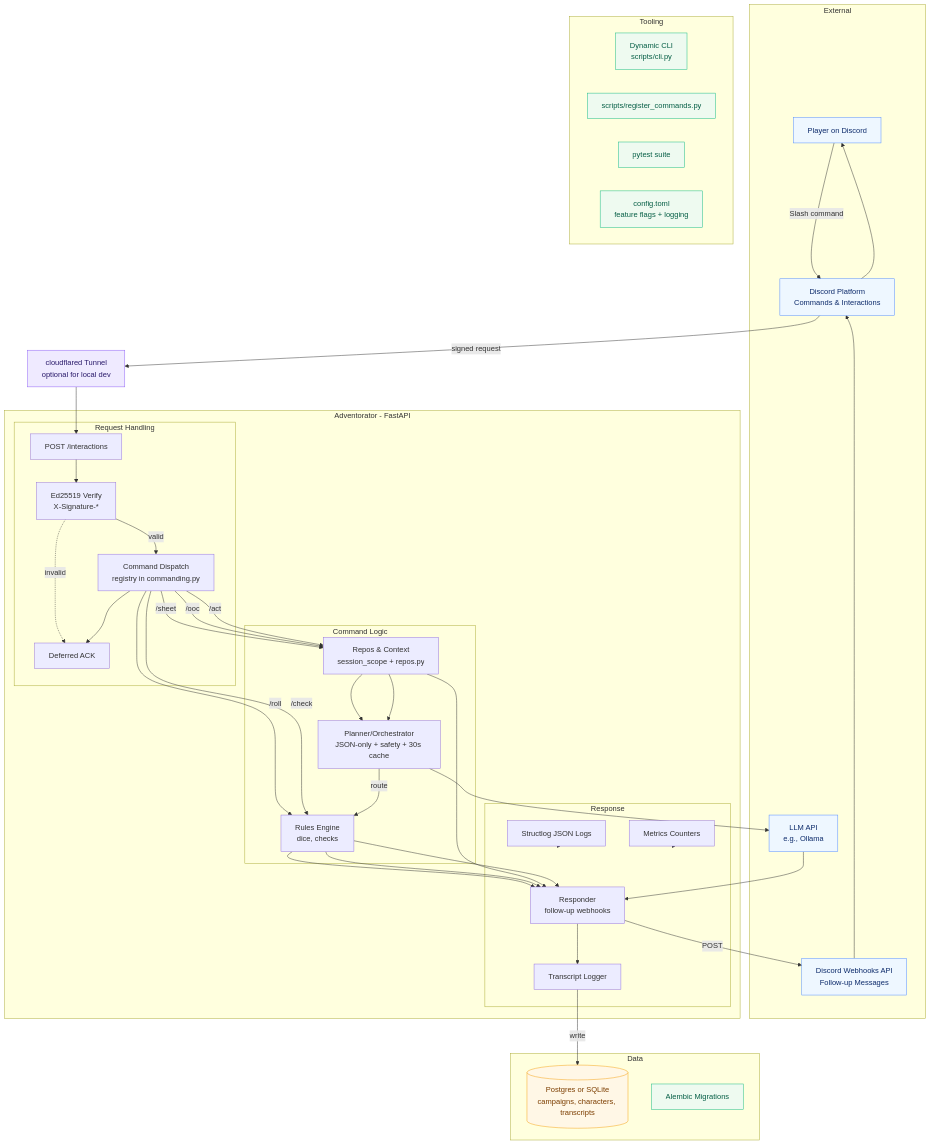
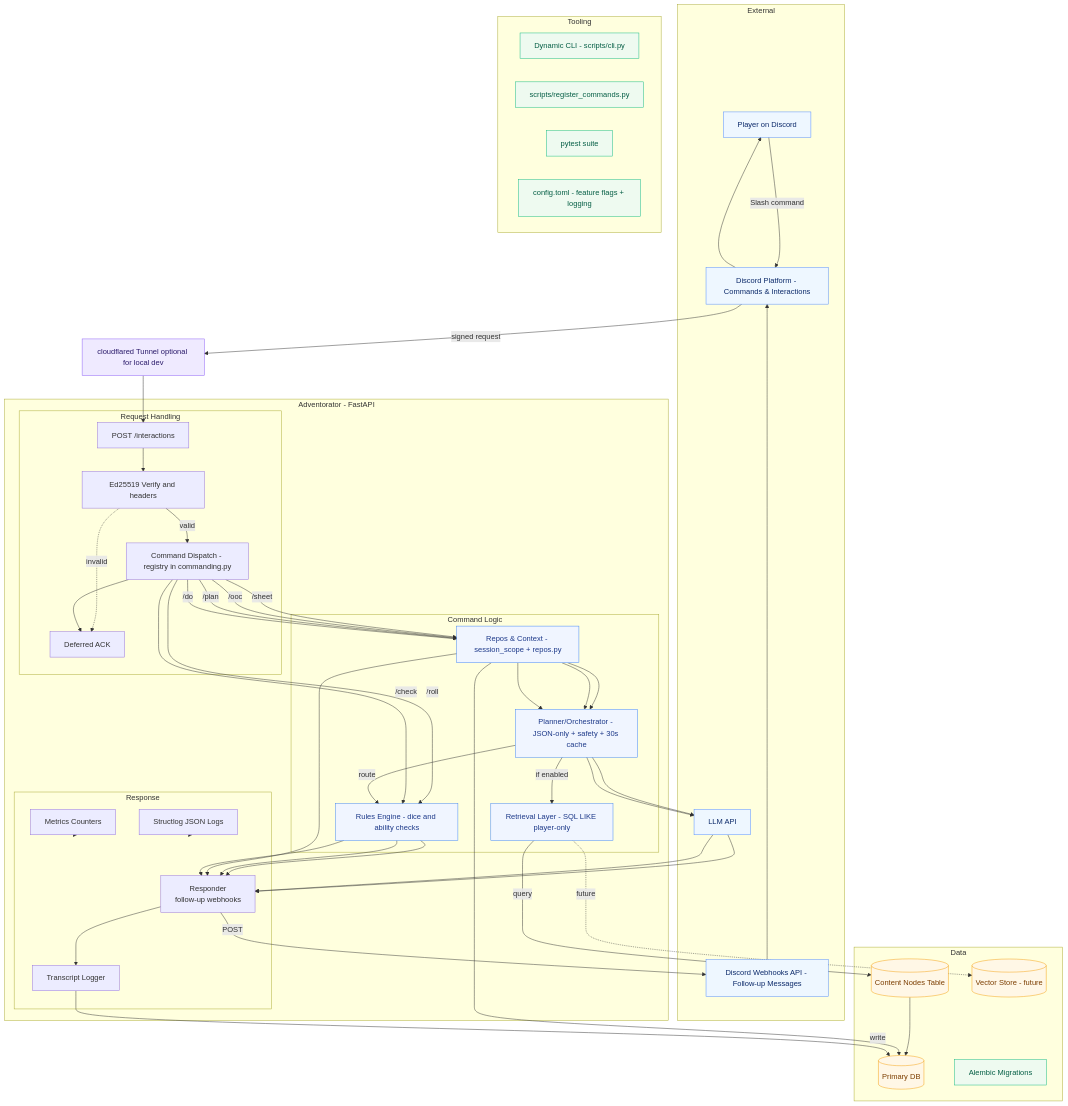
Before and after one commit to crashtestbrandt/Adventorator: the first of 3 diagrams in README.md, drawn with Mermaid. The commit also changed other lines of this file and 31 other files, not shown here.

First line of the commit message:
11 phase 6 content ingestion retrieval memory without hallucinations (#73)

````diff
--- a/README.md
+++ b/README.md
@@ -70,27 +71,28 @@
   %% === External ===
   subgraph EXTERNAL[External]
     U[Player on Discord]:::ext
-    DP[Discord Platform<br/>Commands & Interactions]:::ext
-    WH[Discord Webhooks API<br/>Follow-up Messages]:::ext
-    LLM[LLM API<br/>e.g., Ollama]:::ext
+    DP[Discord Platform - Commands & Interactions]:::ext
+    WH[Discord Webhooks API - Follow-up Messages]:::ext
+  LLM[LLM API]:::ext
   end
 
   %% === Network Edge ===
-  CF[cloudflared Tunnel<br/>optional for local dev]:::edge
+  CF[cloudflared Tunnel optional for local dev]:::edge
 
   %% === App ===
   subgraph APP[Adventorator - FastAPI]
     subgraph REQUEST[Request Handling]
       A[POST /interactions]
-      SIG[Ed25519 Verify<br/>X-Signature-*]
-      DISP[Command Dispatch<br/>registry in commanding.py]
-  DEF[Deferred ACK]
+  SIG[Ed25519 Verify and headers]
+      DISP[Command Dispatch - registry in commanding.py]
+      DEF[Deferred ACK]
     end
 
     subgraph BUSINESS[Command Logic]
-      RULES[Rules Engine<br/>dice, checks]
-      REPOS[Repos & Context<br/>session_scope + repos.py]
-      PLAN[Planner/Orchestrator<br/>JSON-only + safety + 30s cache]
+      RULES[Rules Engine - dice and ability checks]:::biz
+      REPOS[Repos & Context - session_scope + repos.py]:::biz
+      PLAN[Planner/Orchestrator - JSON-only + safety + 30s cache]:::biz
+  RETR[Retrieval Layer - SQL LIKE player-only]:::biz
     end
 
     subgraph RESPONSE[Response]
@@ -103,16 +105,19 @@
 
   %% === Data ===
   subgraph DATA[Data]
-    DB[(Postgres or SQLite<br/>campaigns, characters, transcripts)]:::data
+    DB[(Primary DB)]:::data
+    CN[(Content Nodes Table)]:::data
     MIG[Alembic Migrations]:::ops
+    %% Optional future vector store (pgvector/Qdrant)
+    VEC[(Vector Store - future)]:::data
   end
 
   %% === Tooling ===
   subgraph TOOLING[Tooling]
-    CLI[Dynamic CLI<br/>scripts/cli.py]:::ops
+    CLI[Dynamic CLI - scripts/cli.py]:::ops
     REG[scripts/register_commands.py]:::ops
     TEST[pytest suite]:::ops
-    CFG[config.toml<br/>feature flags + logging]:::ops
+    CFG[config.toml - feature flags + logging]:::ops
   end
 
   %% === Ingress Flow ===
@@ -129,9 +134,17 @@
   DISP -- "/check" --> RULES --> RESP
   DISP -- "/sheet" --> REPOS --> RESP
   DISP -- "/ooc" --> REPOS --> PLAN --> LLM --> RESP
-  DISP -- "/act" --> REPOS --> PLAN -->|route| RULES --> RESP
+  DISP -- "/plan" --> REPOS --> PLAN -->|route| RULES --> RESP
+  DISP -- "/do" --> REPOS --> PLAN --> LLM --> RESP
 
-  %% === Egress ===
+  %% === Orchestrator Augmentation (Phase 6) ===
+  PLAN -->|if enabled| RETR
+  RETR -->|query| CN
+  CN --> DB
+  RETR -.->|future| VEC
+
+  %% === Data Access & Egress ===
+  REPOS --> DB
   RESP --> TRANS -->|write| DB
   RESP -->|POST| WH --> DP --> U
   LOGS -.-> APP
@@ -142,4 +155,5 @@
   classDef edge fill:#efeaff,stroke:#8b5cf6,stroke-width:1px,color:#2b1b6b
   classDef data fill:#fff7e6,stroke:#f59e0b,stroke-width:1px,color:#7c3e00
   classDef ops  fill:#eefaf0,stroke:#10b981,stroke-width:1px,color:#065f46
-  ```
+  classDef biz  fill:#f0f5ff,stroke:#3b82f6,stroke-width:1px,color:#1e3a8a
+```
````
